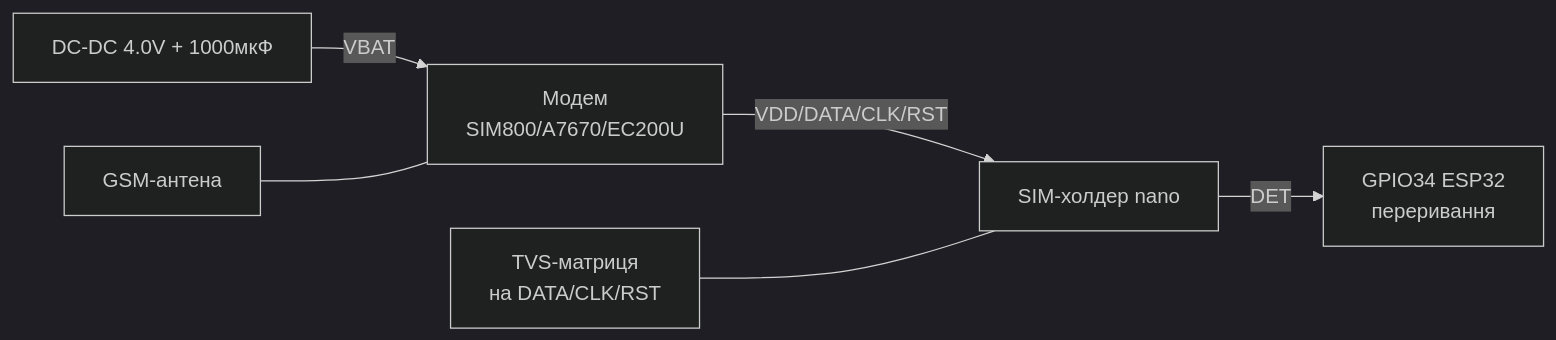
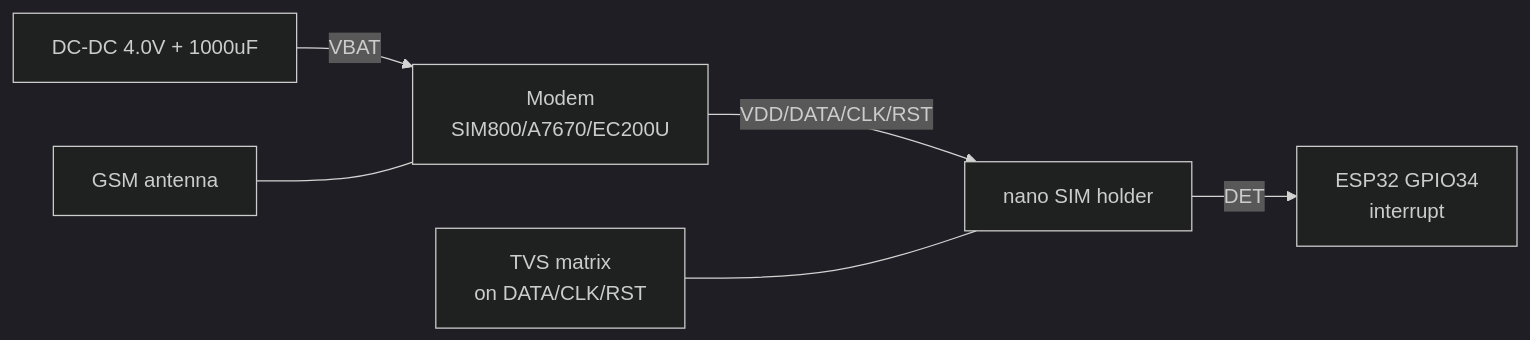
One commit to ksalab/embedded-reference changed the first of 3 diagrams in obsidian_vault/ESP32-Reference/EN/12-Comm-Modules/26-SIM-Power.en.md. Above: the diagram before and after it, drawn with Mermaid (dark theme). The commit also changed other lines of this file and 76 other files, not shown here.

````diff
--- a/obsidian_vault/ESP32-Reference/EN/12-Comm-Modules/26-SIM-Power.en.md
+++ b/obsidian_vault/ESP32-Reference/EN/12-Comm-Modules/26-SIM-Power.en.md
@@ -79,8 +79,8 @@
 ```mermaid
 graph LR
-    MOD[Модем<br/>SIM800/A7670/EC200U] -->|VDD/DATA/CLK/RST| HOLD[SIM-холдер nano]
-    HOLD -->|DET| ESP[GPIO34 ESP32<br/>переривання]
-    TVS[TVS-матриця<br/>на DATA/CLK/RST] --- HOLD
-    PSU[DC-DC 4.0V + 1000мкФ] -->|VBAT| MOD
-    ANT[GSM-антена] --- MOD
+    MOD[Modem<br/>SIM800/A7670/EC200U] -->|VDD/DATA/CLK/RST| HOLD[nano SIM holder]
+    HOLD -->|DET| ESP[ESP32 GPIO34<br/>interrupt]
+    TVS[TVS matrix<br/>on DATA/CLK/RST] --- HOLD
+    PSU[DC-DC 4.0V + 1000uF] -->|VBAT| MOD
+    ANT[GSM antenna] --- MOD
 ```
````
